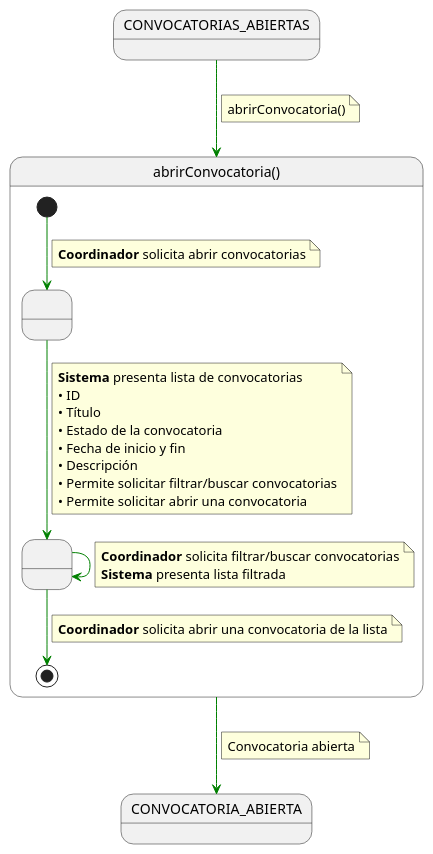
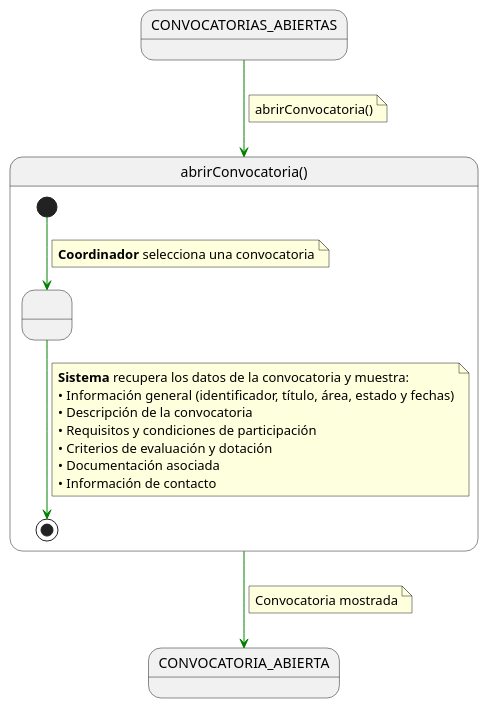
One commit to 31Diego/25-26-IdSw1-SdR changed the diagram in documents/casosDeUso/detalle/coordinador/04-convocatorias/abrirConvocatoria/abrirConvocatoria.puml. Above: the diagram before and after it, drawn with PlantUML. The commit also changed 22 other files, not shown here.

```diff
--- a/documents/casosDeUso/detalle/coordinador/04-convocatorias/abrirConvocatoria/abrirConvocatoria.puml
+++ b/documents/casosDeUso/detalle/coordinador/04-convocatorias/abrirConvocatoria/abrirConvocatoria.puml
@@ -1,49 +1,35 @@
 @startuml abrirConvocatoria
-
 skinparam linetype polyline
 
 state abrirConvocatoria as "abrirConvocatoria()" {
 
-    state " " as MostrandoListaConvocatorias
-    state " " as SeleccionandoConvocatoria
+    state " " as CargandoDetalle
 
-    [*] -[#green]-> MostrandoListaConvocatorias
+    [*] -[#green]-> CargandoDetalle
     note on link
-    <b>Coordinador</b> solicita abrir convocatorias
+    <b>Coordinador</b> selecciona una convocatoria
     end note
 
-    MostrandoListaConvocatorias -[#green]-> SeleccionandoConvocatoria
+    CargandoDetalle -[#green]-> [*]
     note on link
-    <b>Sistema</b> presenta lista de convocatorias
-    • ID
-    • Título
-    • Estado de la convocatoria
-    • Fecha de inicio y fin
-    • Descripción
-    • Permite solicitar filtrar/buscar convocatorias
-    • Permite solicitar abrir una convocatoria
-    end note
-
-    SeleccionandoConvocatoria -[#green]-> SeleccionandoConvocatoria
-    note on link
-    <b>Coordinador</b> solicita filtrar/buscar convocatorias
-    <b>Sistema</b> presenta lista filtrada
-    end note
-
-    SeleccionandoConvocatoria -[#green]-> [*]
-    note on link
-    <b>Coordinador</b> solicita abrir una convocatoria de la lista
+    <b>Sistema</b> recupera los datos de la convocatoria y muestra:
+    • Información general (identificador, título, área, estado y fechas)
+    • Descripción de la convocatoria
+    • Requisitos y condiciones de participación
+    • Criterios de evaluación y dotación
+    • Documentación asociada
+    • Información de contacto
     end note
 }
 
 CONVOCATORIAS_ABIERTAS -[#green]-> abrirConvocatoria
 note on link
 abrirConvocatoria()
 end note
 
 abrirConvocatoria -[#green]-> CONVOCATORIA_ABIERTA
 note on link
-Convocatoria abierta
+Convocatoria mostrada
 end note
 
 @enduml
```
